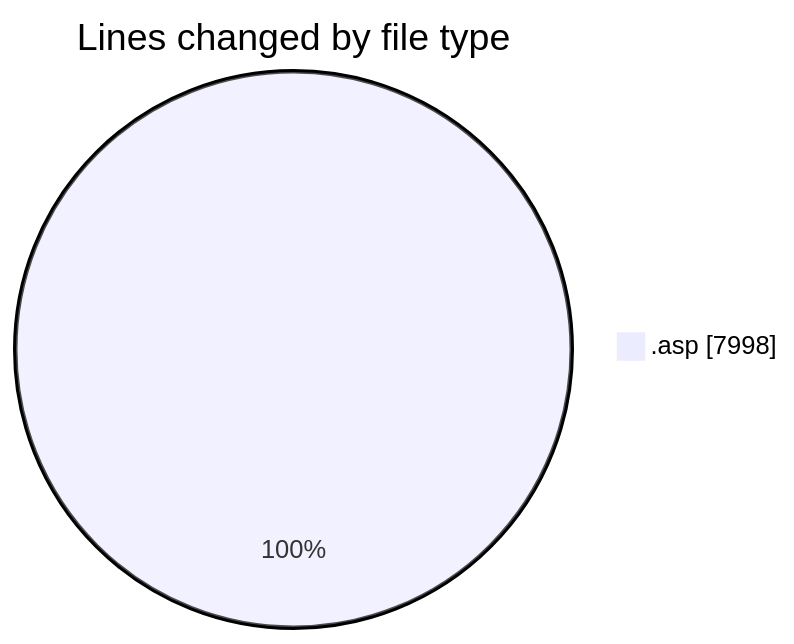
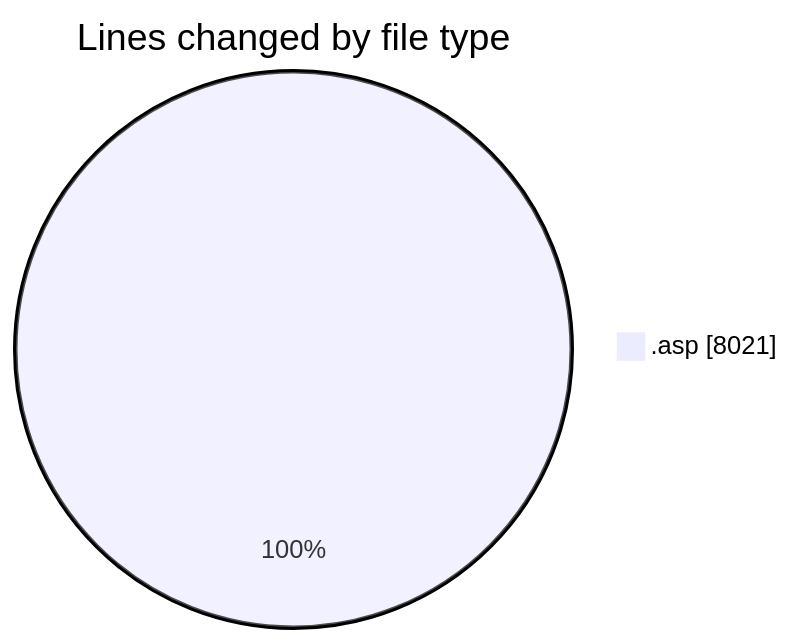
The first of 2 diagrams in 2025-11-15/cdp_aleoudev_fr__workspace_/README.md (julien-gomy/code-tracking), drawn with Mermaid before and after one commit. The commit also changed other lines of this file and 1 other file, not shown here.

````diff
--- a/2025-11-15/cdp_aleoudev_fr__workspace_/README.md
+++ b/2025-11-15/cdp_aleoudev_fr__workspace_/README.md
@@ -32,5 +32,5 @@
 ```mermaid
 pie showData
 title Lines changed by file type
-".asp" : 7998
+".asp" : 8021
 ```
````
